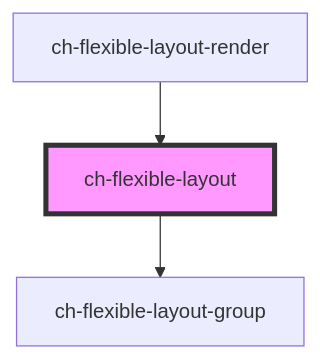
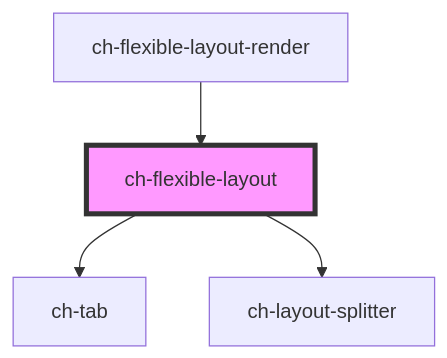
One commit to genexuslabs/chameleon-controls-library changed the diagram in src/components/flexible-layout/flexible-layout/readme.md. Above: the diagram before and after it, drawn with Mermaid. The commit also changed other lines of this file and 3 other files, not shown here.

````diff
--- a/src/components/flexible-layout/flexible-layout/readme.md
+++ b/src/components/flexible-layout/flexible-layout/readme.md
@@ -27,6 +35,7 @@
 ```mermaid
 graph TD;
-  ch-flexible-layout --> ch-flexible-layout-group
+  ch-flexible-layout --> ch-tab
+  ch-flexible-layout --> ch-layout-splitter
   ch-flexible-layout-render --> ch-flexible-layout
   style ch-flexible-layout fill:#f9f,stroke:#333,stroke-width:4px
 ```
````
